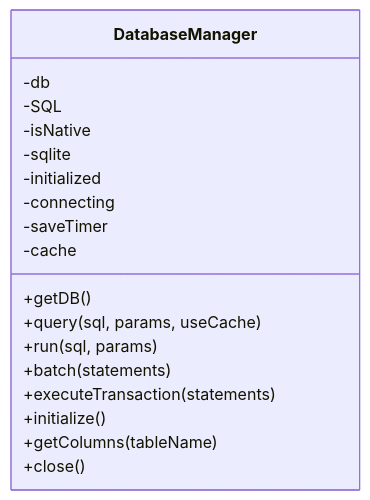
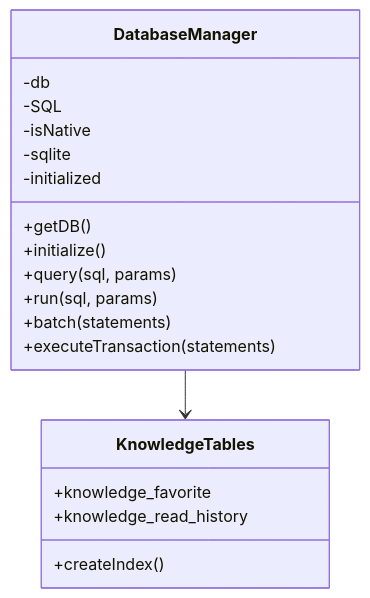
One commit to xiao-lin-unit/yuan changed the fifth of 6 diagrams in .qoder/repowiki/zh/content/财务分析/财务知识库.md. Above: the diagram before and after it, drawn with Mermaid. The commit also changed other lines of this file and 16 other files, not shown here.

Commit message:
图片和图标处理

````diff
--- a/.qoder/repowiki/zh/content/财务分析/财务知识库.md
+++ b/.qoder/repowiki/zh/content/财务分析/财务知识库.md
@@ -193,21 +259,22 @@
 ```mermaid
 classDiagram
 class DatabaseManager {
 -db
 -SQL
 -isNative
 -sqlite
 -initialized
--connecting
--saveTimer
--cache
 +getDB()
-+query(sql, params, useCache)
++initialize()
++query(sql, params)
 +run(sql, params)
 +batch(statements)
 +executeTransaction(statements)
-+initialize()
-+getColumns(tableName)
-+close()
 }
+class KnowledgeTables {
++knowledge_favorite
++knowledge_read_history
++createIndex()
+}
+DatabaseManager --> KnowledgeTables
 ```
````
